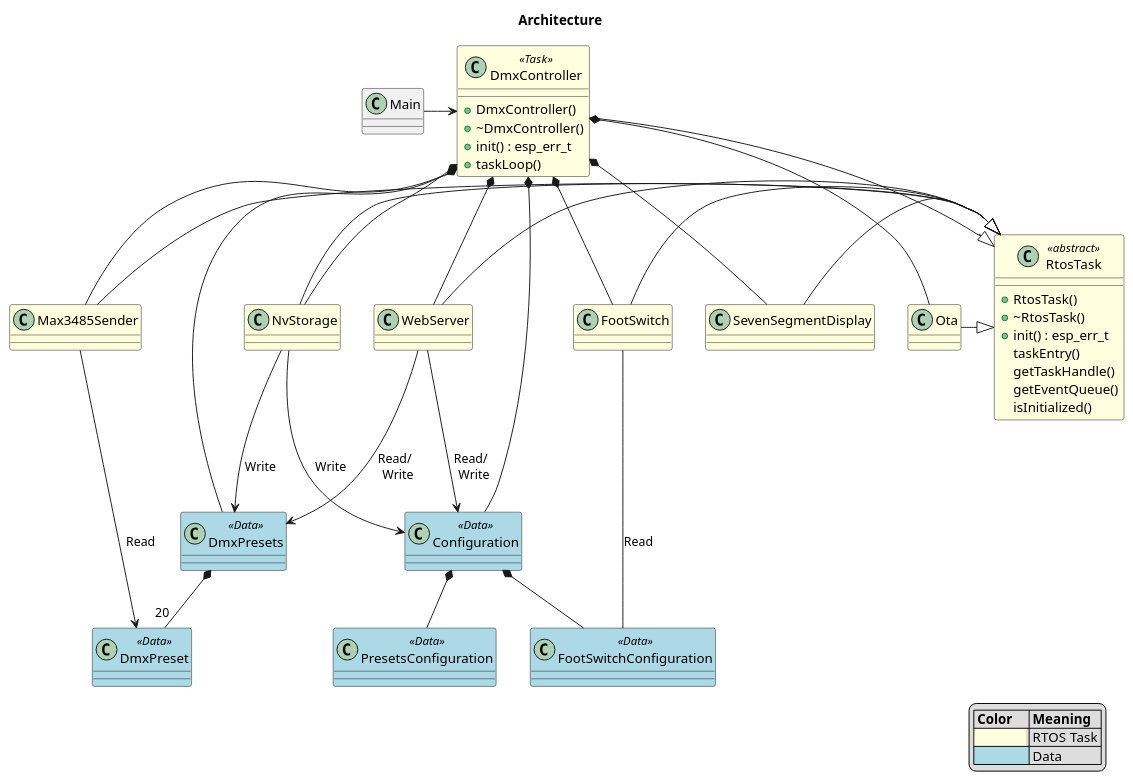
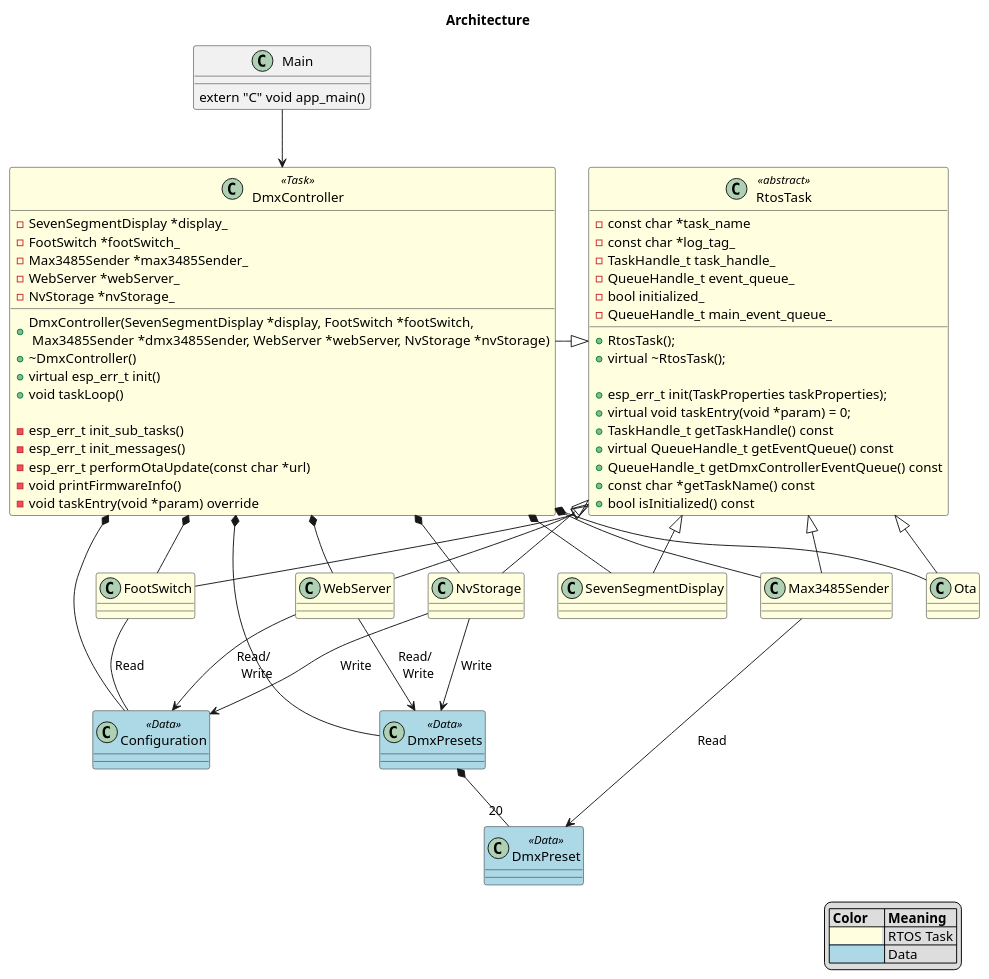
Before and after one commit to michelkeijzers/Esp32DmxController: the first of 8 diagrams in Documentation/software_design.puml, drawn with PlantUML. The commit also changed other lines of this file and 19 other files, not shown here.

```diff
--- a/Documentation/software_design.puml
+++ b/Documentation/software_design.puml
@@ -1,92 +1,113 @@
 @startuml
 title Architecture
 
 legend right
     |= Color |= Meaning |
     |<back:LightYellow>               | RTOS Task |
     |<back:LightBlue>                | Data |
 endlegend
 
-class Main  { }
+class Main  
+{
+    extern "C" void app_main()
+}
 
 class RtosTask <<abstract>> #lightYellow 
 {
-    +RtosTask()
-    +~RtosTask()
-    +init() : esp_err_t
-    taskEntry()
-    getTaskHandle()
-    getEventQueue()
-    isInitialized()
+    +RtosTask();
+    +virtual ~RtosTask();
+
+    +esp_err_t init(TaskProperties taskProperties);
+    +virtual void taskEntry(void *param) = 0;
+    +TaskHandle_t getTaskHandle() const
+    +virtual QueueHandle_t getEventQueue() const
+    +QueueHandle_t getDmxControllerEventQueue() const
+    +const char *getTaskName() const
+    +bool isInitialized() const
+
+    -const char *task_name
+    -const char *log_tag_
+    -TaskHandle_t task_handle_
+    -QueueHandle_t event_queue_
+    -bool initialized_
+   - QueueHandle_t main_event_queue_
 }
 
 class DmxController <<Task>> #LightYellow
 {
-    +DmxController()
+    +DmxController(SevenSegmentDisplay *display, FootSwitch *footSwitch, \n Max3485Sender *dmx3485Sender, WebServer *webServer, NvStorage *nvStorage)
     +~DmxController()
-    +init() : esp_err_t
-    +taskLoop()
+    +virtual esp_err_t init()
+    +void taskLoop()
+
+    -esp_err_t init_sub_tasks()
+    -esp_err_t init_messages()
+    -esp_err_t performOtaUpdate(const char *url)
+    -void printFirmwareInfo()
+
+    -SevenSegmentDisplay *display_
+    -FootSwitch *footSwitch_
+    -Max3485Sender *max3485Sender_
+    -WebServer *webServer_
+    -NvStorage *nvStorage_
+    
+    -void taskEntry(void *param) override
 }
-Main -> DmxController
+
+Main -d-> DmxController
 DmxController -|> RtosTask
 
 class NvStorage #lightYellow {}
 DmxController *-- NvStorage
-NvStorage -|> RtosTask
+NvStorage -u-|> RtosTask
 
 class Max3485Sender #lightYellow {}
 DmxController *- Max3485Sender
-Max3485Sender -|> RtosTask
+Max3485Sender -u-|> RtosTask
 
 class FootSwitch #lightYellow {}
 DmxController *-- FootSwitch
-FootSwitch -|> RtosTask
+FootSwitch -u-|> RtosTask
 
 class SevenSegmentDisplay #lightYellow {}
 DmxController *-- SevenSegmentDisplay
-SevenSegmentDisplay -|> RtosTask
+SevenSegmentDisplay -u-|> RtosTask
 
 class Ota #lightYellow {}
 DmxController *-- Ota 
-Ota -|> RtosTask
+Ota -u-|> RtosTask
 
 class WebServer #lightYellow {}
 DmxController *-- WebServer
-WebServer -|> RtosTask
+WebServer -u-|> RtosTask
 
 'class OscHandler <<RtosTask>> #lightYellow {}
 'DmxController *-- OscHandler
 
 'class ArtNetSender <<RtosTask>> #lightYellow {}
 'DmxController *-- ArtNetSender
 'ArtNetSender --> DmxPreset : Read
 
 class DmxPresets <<Data>> #lightBlue {}
 DmxController *-- DmxPresets
 
 class DmxPreset <<Data>> #lightBlue {}
 DmxPresets *--"20" DmxPreset
 
 class Configuration <<Data>> #lightBlue {}
 DmxController *-- Configuration
 
-class PresetsConfiguration <<Data>> #lightBlue {}
-Configuration *-- PresetsConfiguration 
-
-class FootSwitchConfiguration <<Data>> #lightBlue {}
-
 NvStorage --> DmxPresets : Write
 NvStorage --> Configuration : Write
 
 'class OscConfiguration <<Data>> #grey {}
 'Configuration *-- OscConfiguration
 'OscHandler -- OscConfiguration : Read
 
-Configuration *-- FootSwitchConfiguration
-FootSwitch -- FootSwitchConfiguration : Read
+FootSwitch -- Configuration : Read
 
 WebServer --> DmxPresets : Read/ \n Write
 WebServer --> Configuration : Read/ \n Write
 
 Max3485Sender --> DmxPreset : Read
 @enduml 
```
